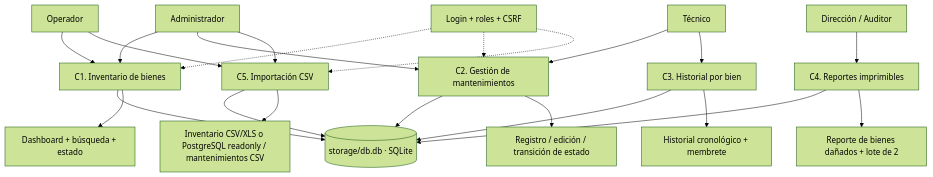
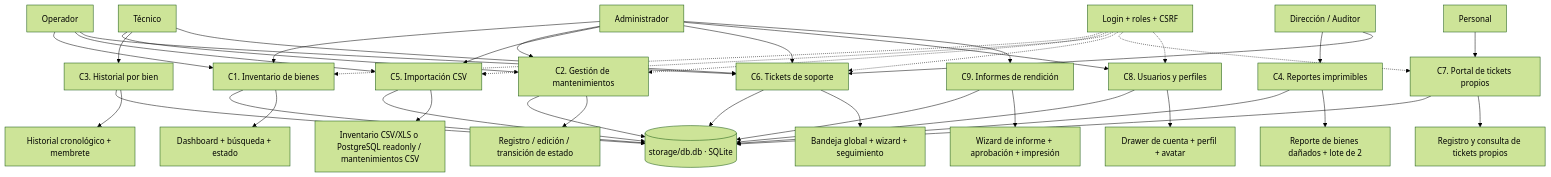
The first of 10 diagrams in grafo/logica-negocio.md (noemdb/systec), drawn with Mermaid (forest theme) before and after one commit. The commit also changed other lines of this file and 38 other files, not shown here.

````diff
--- a/grafo/logica-negocio.md
+++ b/grafo/logica-negocio.md
@@ -40,25 +45,43 @@
 ```mermaid
 graph TD
     A[Operador] --> C1[C1. Inventario de bienes]
     A --> C5[C5. Importación CSV]
+    A --> C6[C6. Tickets de soporte]
     B[Técnico] --> C2[C2. Gestión de mantenimientos]
     B --> C3[C3. Historial por bien]
+    B --> C6
     D[Dirección / Auditor] --> C4[C4. Reportes imprimibles]
+    D --> C6
+    P[Personal] --> C7[C7. Portal de tickets propios]
     ADM[Administrador] --> C1
     ADM --> C2
     ADM --> C5
+    ADM --> C6
+    ADM --> C8[C8. Usuarios y perfiles]
+    ADM --> C9[C9. Informes de rendición]
     AUTH[Login + roles + CSRF] -.-> C1
     AUTH -.-> C2
     AUTH -.-> C5
+    AUTH -.-> C6
+    AUTH -.-> C7
+    AUTH -.-> C8
     C1 --> DB[(storage/db.db · SQLite)]
     C2 --> DB
     C3 --> DB
     C4 --> DB
     C5 --> DB
+    C6 --> DB
+    C7 --> DB
+    C8 --> DB
+    C9 --> DB
 
     C1 --> S1[Dashboard + búsqueda + estado]
     C2 --> S2[Registro / edición / transición de estado]
     C3 --> S3[Historial cronológico + membrete]
     C4 --> S4[Reporte de bienes dañados + lote de 2]
     C5 --> S5[Inventario CSV/XLS o PostgreSQL readonly / mantenimientos CSV]
+    C6 --> S6[Bandeja global + wizard + seguimiento]
+    C7 --> S7[Registro y consulta de tickets propios]
+    C8 --> S8[Drawer de cuenta + perfil + avatar]
+    C9 --> S9[Wizard de informe + aprobación + impresión]
 ```
````
